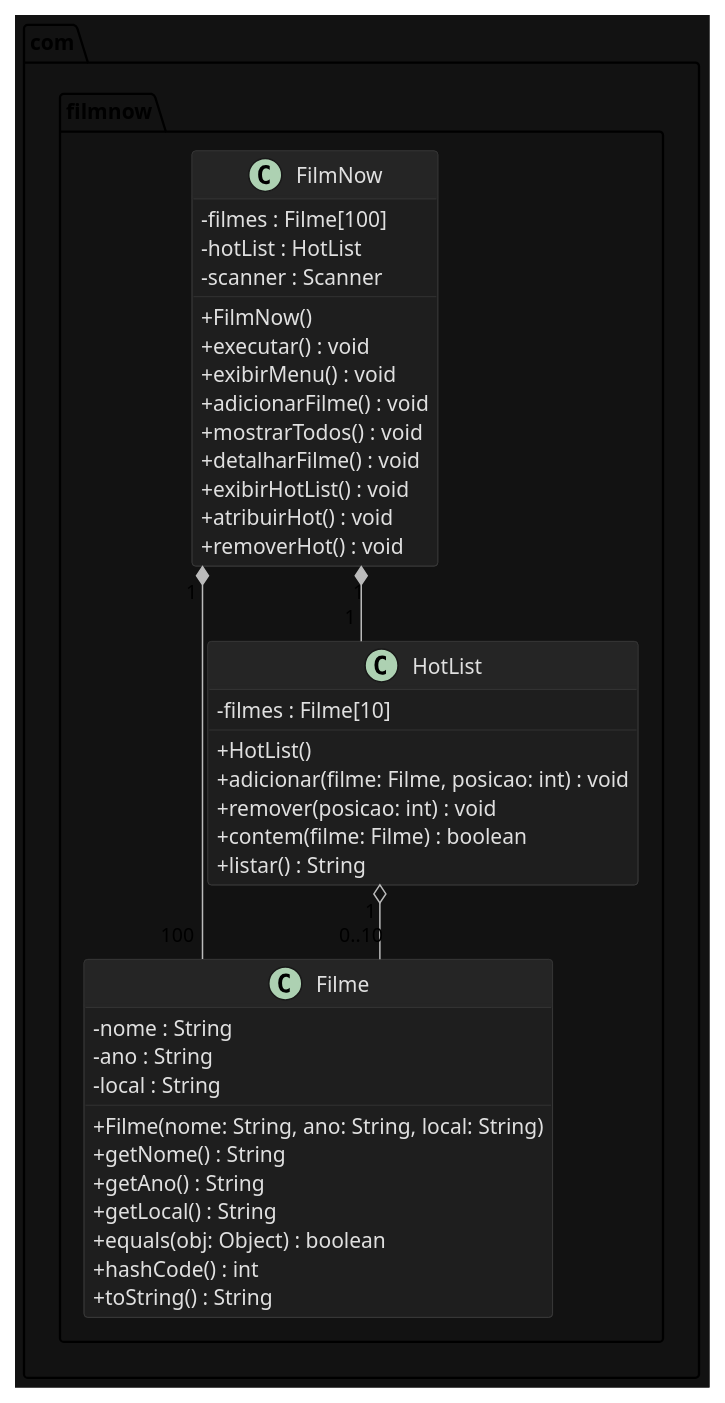
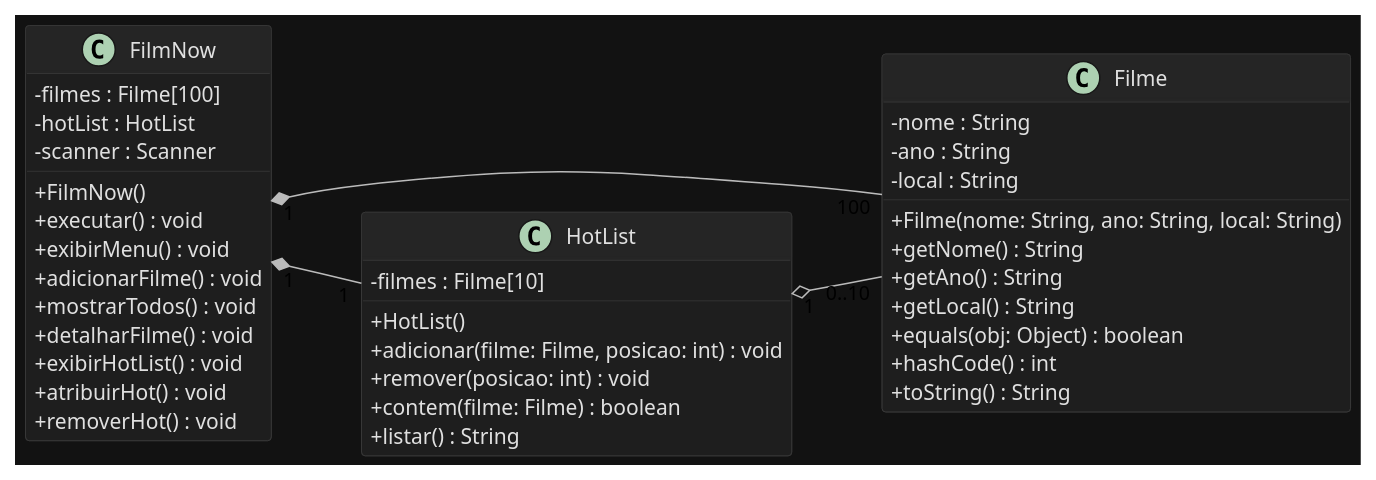
Before and after one commit to juliovlpsp-commits/LAB03: the diagram in docs/FilmNow_UML.puml, drawn with PlantUML. The commit also changed 1 other file, not shown here.

```diff
--- a/docs/FilmNow_UML.puml
+++ b/docs/FilmNow_UML.puml
@@ -1,62 +1,54 @@
 @startuml FilmNow
+left to right direction
 skinparam backgroundColor #121212
 skinparam shadowing false
 skinparam ArrowColor #BBBBBB
 skinparam ClassBackgroundColor #1E1E1E
 skinparam ClassBorderColor #3A3A3A
 skinparam ClassFontColor #E0E0E0
 skinparam ClassAttributeFontColor #E0E0E0
 skinparam ClassStereotypeFontColor #90CAF9
 skinparam ClassHeaderBackgroundColor #252525
-skinparam PackageBackgroundColor #121212
 skinparam classAttributeIconSize 0
-skinparam linetype ortho
-skinparam nodesep 80
-skinparam ranksep 50
 
-package "com.filmnow" {
-  class FilmNow {
-    - filmes : Filme[100]
-    - hotList : HotList
-    - scanner : Scanner
-    + FilmNow()
-    + executar() : void
-    + exibirMenu() : void
-    + adicionarFilme() : void
-    + mostrarTodos() : void
-    + detalharFilme() : void
-    + exibirHotList() : void
-    + atribuirHot() : void
-    + removerHot() : void
-  }
+class FilmNow {
+  - filmes : Filme[100]
+  - hotList : HotList
+  - scanner : Scanner
+  + FilmNow()
+  + executar() : void
+  + exibirMenu() : void
+  + adicionarFilme() : void
+  + mostrarTodos() : void
+  + detalharFilme() : void
+  + exibirHotList() : void
+  + atribuirHot() : void
+  + removerHot() : void
+}
 
-  class Filme {
-    - nome : String
-    - ano : String
-    - local : String
-    + Filme(nome: String, ano: String, local: String)
-    + getNome() : String
-    + getAno() : String
-    + getLocal() : String
-    + equals(obj: Object) : boolean
-    + hashCode() : int
-    + toString() : String
-  }
+class Filme {
+  - nome : String
+  - ano : String
+  - local : String
+  + Filme(nome: String, ano: String, local: String)
+  + getNome() : String
+  + getAno() : String
+  + getLocal() : String
+  + equals(obj: Object) : boolean
+  + hashCode() : int
+  + toString() : String
+}
 
-  class HotList {
-    - filmes : Filme[10]
-    + HotList()
-    + adicionar(filme: Filme, posicao: int) : void
-    + remover(posicao: int) : void
-    + contem(filme: Filme) : boolean
-    + listar() : String
-  }
-
-  FilmNow -[hidden]D-> HotList
-  FilmNow -[hidden]D-> Filme
+class HotList {
+  - filmes : Filme[10]
+  + HotList()
+  + adicionar(filme: Filme, posicao: int) : void
+  + remover(posicao: int) : void
+  + contem(filme: Filme) : boolean
+  + listar() : String
 }
 
 FilmNow "1" *-- "100" Filme
 FilmNow "1" *-- "1" HotList
 HotList "1" o-- "0..10" Filme
 @enduml
```
